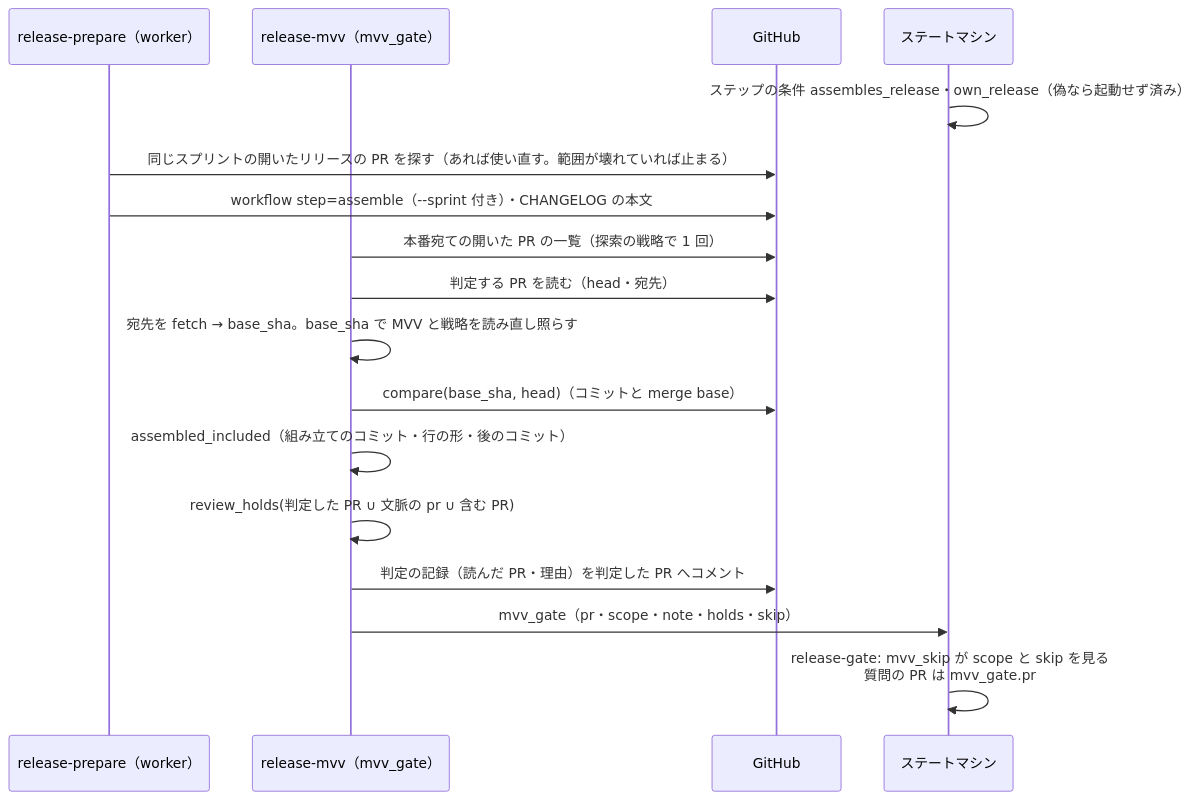
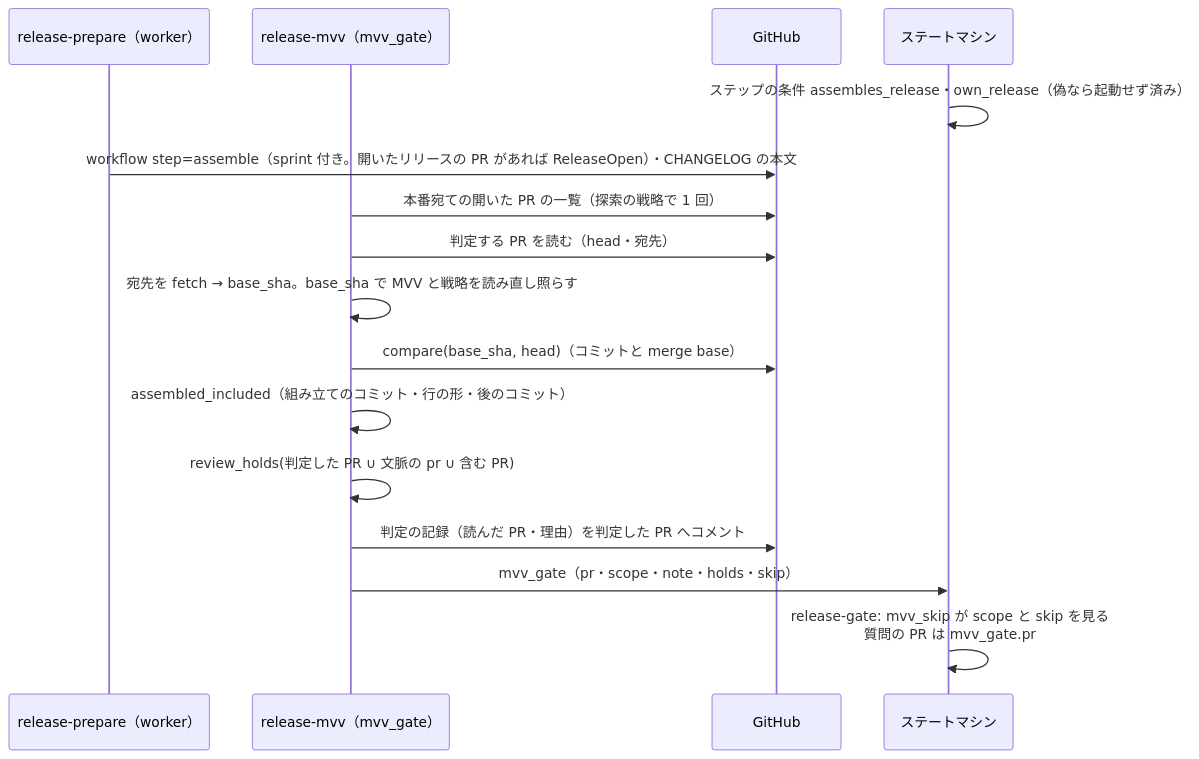
Before and after one commit to devbasex/ai-plugins: the third of 3 diagrams in issues/issue-4105-design.md, drawn with Mermaid. The commit also changed other lines of this file and 1 other file, not shown here.

First line of the commit message:
Docs: #4105 の決定 9 を印 Ndf-Sprint と入力 sprint だけにし、使い直しを #4157 へ移す

````diff
--- a/issues/issue-4105-design.md
+++ b/issues/issue-4105-design.md
@@ -115,19 +115,18 @@
 ```mermaid
 sequenceDiagram
   participant W as release-prepare（worker）
   participant G as release-mvv（mvv_gate）
   participant H as GitHub
   participant S as ステートマシン
   S->>S: ステップの条件 assembles_release・own_release（偽なら起動せず済み）
-  W->>H: 同じスプリントの開いたリリースの PR を探す（あれば使い直す。範囲が壊れていれば止まる）
-  W->>H: workflow step=assemble（--sprint 付き）・CHANGELOG の本文
+  W->>H: workflow step=assemble（sprint 付き。開いたリリースの PR があれば ReleaseOpen）・CHANGELOG の本文
   G->>H: 本番宛ての開いた PR の一覧（探索の戦略で 1 回）
   G->>H: 判定する PR を読む（head・宛先）
   G->>G: 宛先を fetch → base_sha。base_sha で MVV と戦略を読み直し照らす
   G->>H: compare(base_sha, head)（コミットと merge base）
   G->>G: assembled_included（組み立てのコミット・行の形・後のコミット）
   G->>G: review_holds(判定した PR ∪ 文脈の pr ∪ 含む PR)
   G->>H: 判定の記録（読んだ PR・理由）を判定した PR へコメント
   G->>S: mvv_gate（pr・scope・note・holds・skip）
   S->>S: release-gate: mvv_skip が scope と skip を見る<br>質問の PR は mvv_gate.pr
 ```
````
